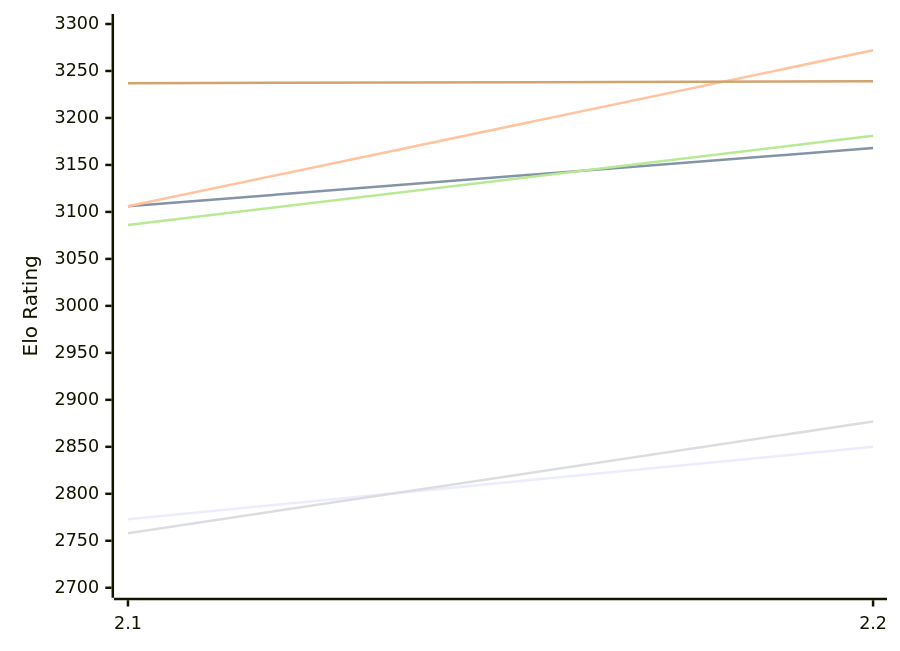
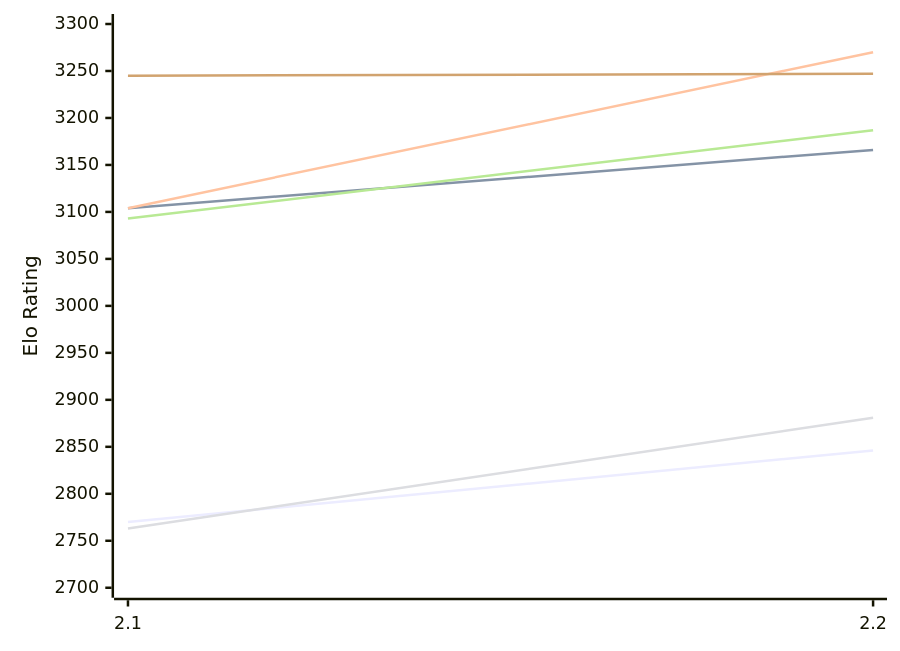
Before and after one commit to computer-chess-index/cci: the first of 2 diagrams in engines/Tunguska.md, drawn with Mermaid. The commit also changed other lines of this file, not shown here.

Commit message:
Update CCI Ratings (ELO VLTC) - 2026-11-23

````diff
--- a/engines/Tunguska.md
+++ b/engines/Tunguska.md
@@ -51,12 +51,12 @@
 ```mermaid
 %%{init: {"theme":"base","themeVariables":{"seriesColors:['#a3a3a3','#222221','#faa371']}}}%%
 xychart-beta
   x-axis ["2.1", "2.2"]
   y-axis "Elo Rating" 2700 --> 3300
-  line "E1: STC (8.0+0.08s)" [2773, 2850]
-  line "E1: LTC (60.0+0.60s)" [3106, 3168]
-  line "E1: VLTC (2m24s+1.12s)" [3106, 3272]
-  line "P1: STC (8.0+0.08s)" [2758, 2877]
-  line "P1: LTC (60.0+0.60s)" [3086, 3181]
-  line "P1: VLTC (2m24s+1.12s)" [3237, 3239]
+  line "E1: STC (8.0+0.08s)" [2770, 2846]
+  line "E1: LTC (60.0+0.60s)" [3104, 3166]
+  line "E1: VLTC (2m24s+1.12s)" [3104, 3270]
+  line "P1: STC (8.0+0.08s)" [2763, 2881]
+  line "P1: LTC (60.0+0.60s)" [3093, 3187]
+  line "P1: VLTC (2m24s+1.12s)" [3245, 3247]
 ```
````
